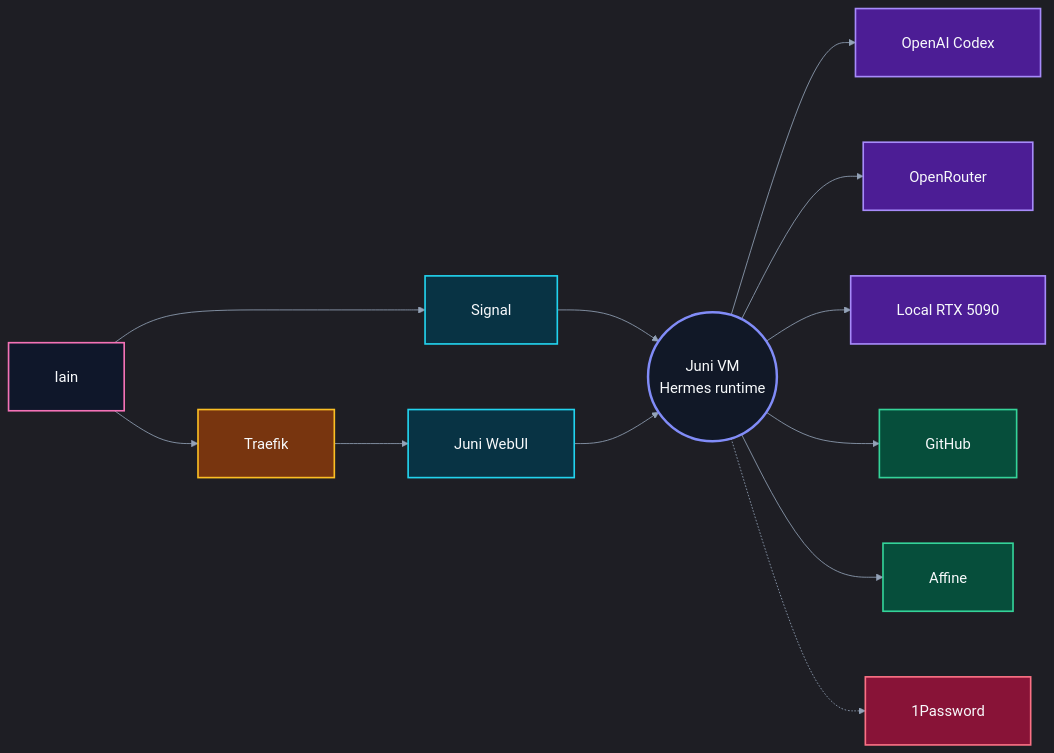
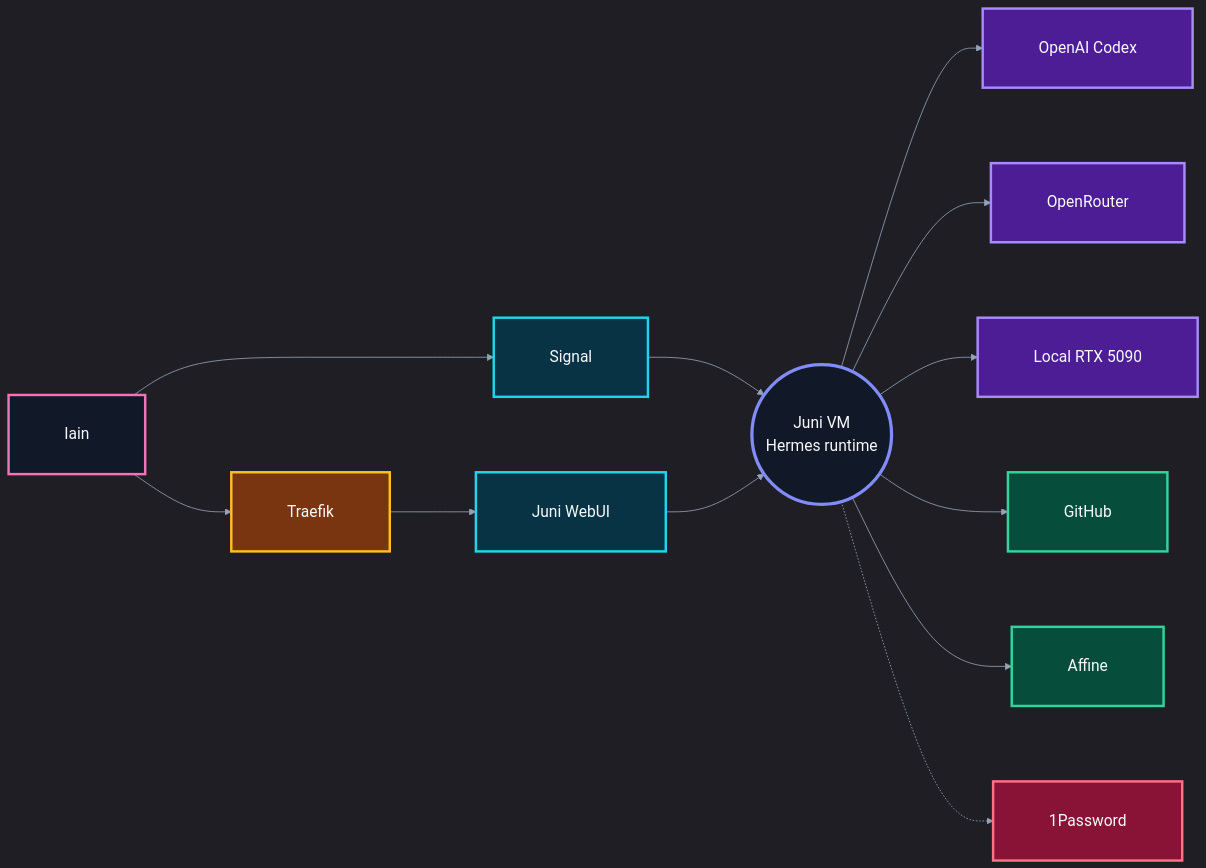
One commit to wan0net/wan0net.github.io changed the diagram in docs/posts/building-juni/juni-high-level-architecture.mmd. Above: the diagram before and after it, drawn with Mermaid. The commit also changed 21 other files, not shown here.

Commit message:
post: add architecture colour key

```diff
--- a/docs/posts/building-juni/juni-high-level-architecture.mmd
+++ b/docs/posts/building-juni/juni-high-level-architecture.mmd
@@ -1,43 +1,43 @@
-%%{init: {"theme": "dark", "themeVariables": {"background": "#020617", "primaryColor": "#111827", "primaryTextColor": "#e6edf3", "primaryBorderColor": "#818cf8", "lineColor": "#94a3b8", "secondaryColor": "#083344", "tertiaryColor": "#064e3b", "fontFamily": "Inter, ui-sans-serif, system-ui, sans-serif", "fontSize": "18px"}, "flowchart": {"curve": "basis", "nodeSpacing": 80, "rankSpacing": 90, "padding": 28}} }%%
+%%{init: {"theme": "dark", "themeVariables": {"background": "#020617", "primaryColor": "#111827", "primaryTextColor": "#f8fafc", "primaryBorderColor": "#818cf8", "lineColor": "#94a3b8", "secondaryColor": "#083344", "tertiaryColor": "#064e3b", "fontFamily": "Nunito Sans, Inter, ui-sans-serif, system-ui, sans-serif", "fontSize": "19px"}, "flowchart": {"curve": "basis", "nodeSpacing": 92, "rankSpacing": 105, "padding": 34}} }%%
 flowchart LR
   iain["Iain"]
   signal["Signal"]
   traefik["Traefik"]
   webui["Juni WebUI"]
   juni(("Juni VM\nHermes runtime"))
 
   codex["OpenAI Codex"]
   openrouter["OpenRouter"]
   local["Local RTX 5090"]
   github["GitHub"]
   affine["Affine"]
   onepassword["1Password"]
 
   iain --> signal
   iain --> traefik
   traefik --> webui
   signal --> juni
   webui --> juni
 
   juni --> codex
   juni --> openrouter
   juni --> local
   juni --> github
   juni --> affine
   juni -.-> onepassword
 
-  classDef human fill:#0f172a,stroke:#f472b6,color:#f8fafc,stroke-width:2px
-  classDef iface fill:#083344,stroke:#22d3ee,color:#f8fafc,stroke-width:2px
-  classDef gateway fill:#78350f,stroke:#fbbf24,color:#f8fafc,stroke-width:2px
-  classDef runtime fill:#111827,stroke:#818cf8,color:#f8fafc,stroke-width:3px
-  classDef model fill:#4c1d95,stroke:#a78bfa,color:#f8fafc,stroke-width:2px
-  classDef data fill:#064e3b,stroke:#34d399,color:#f8fafc,stroke-width:2px
-  classDef secret fill:#881337,stroke:#fb7185,color:#f8fafc,stroke-width:2px
+  classDef human fill:#111827,stroke:#f472b6,color:#f8fafc,stroke-width:3px
+  classDef iface fill:#083344,stroke:#22d3ee,color:#f8fafc,stroke-width:3px
+  classDef gateway fill:#78350f,stroke:#fbbf24,color:#f8fafc,stroke-width:3px
+  classDef runtime fill:#111827,stroke:#818cf8,color:#f8fafc,stroke-width:4px
+  classDef model fill:#4c1d95,stroke:#a78bfa,color:#f8fafc,stroke-width:3px
+  classDef data fill:#064e3b,stroke:#34d399,color:#f8fafc,stroke-width:3px
+  classDef secret fill:#881337,stroke:#fb7185,color:#f8fafc,stroke-width:3px
 
   class iain human
   class signal,webui iface
   class traefik gateway
   class juni runtime
   class codex,openrouter,local model
   class github,affine data
   class onepassword secret
```
